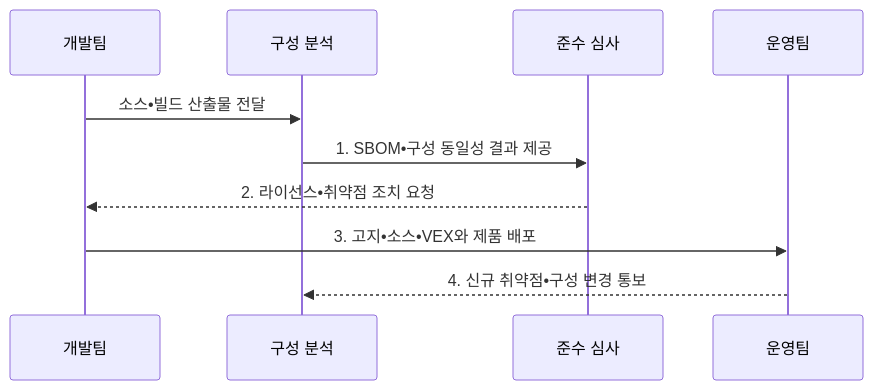
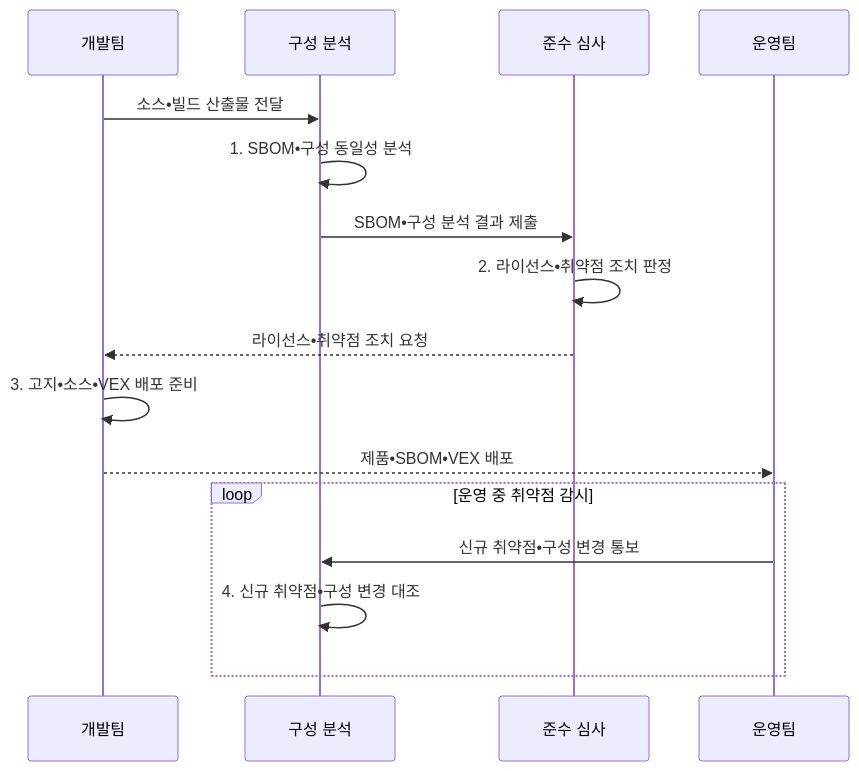
One commit to agnusdei1207/knowledge-base changed the second of 2 diagrams in src/content/docs/notes/07-law-policy/041_open_source_compliance_sbom.md. Above: the diagram before and after it, drawn with Mermaid. The commit also changed other lines of this file and 5 other files, not shown here.

````diff
--- a/src/content/docs/notes/07-law-policy/041_open_source_compliance_sbom.md
+++ b/src/content/docs/notes/07-law-policy/041_open_source_compliance_sbom.md
@@ -94,12 +94,18 @@
 ```mermaid
 sequenceDiagram
     participant D as 개발팀
     participant S as 구성 분석
     participant R as 준수 심사
     participant O as 운영팀
     D->>S: 소스•빌드 산출물 전달
-    S->>R: 1. SBOM•구성 동일성 결과 제공
-    R-->>D: 2. 라이선스•취약점 조치 요청
-    D->>O: 3. 고지•소스•VEX와 제품 배포
-    O-->>S: 4. 신규 취약점•구성 변경 통보
+    S->>S: 1. SBOM•구성 동일성 분석
+    S->>R: SBOM•구성 분석 결과 제출
+    R->>R: 2. 라이선스•취약점 조치 판정
+    R-->>D: 라이선스•취약점 조치 요청
+    D->>D: 3. 고지•소스•VEX 배포 준비
+    D-->>O: 제품•SBOM•VEX 배포
+    loop 운영 중 취약점 감시
+        O->>S: 신규 취약점•구성 변경 통보
+        S->>S: 4. 신규 취약점•구성 변경 대조
+    end
 ```
````
